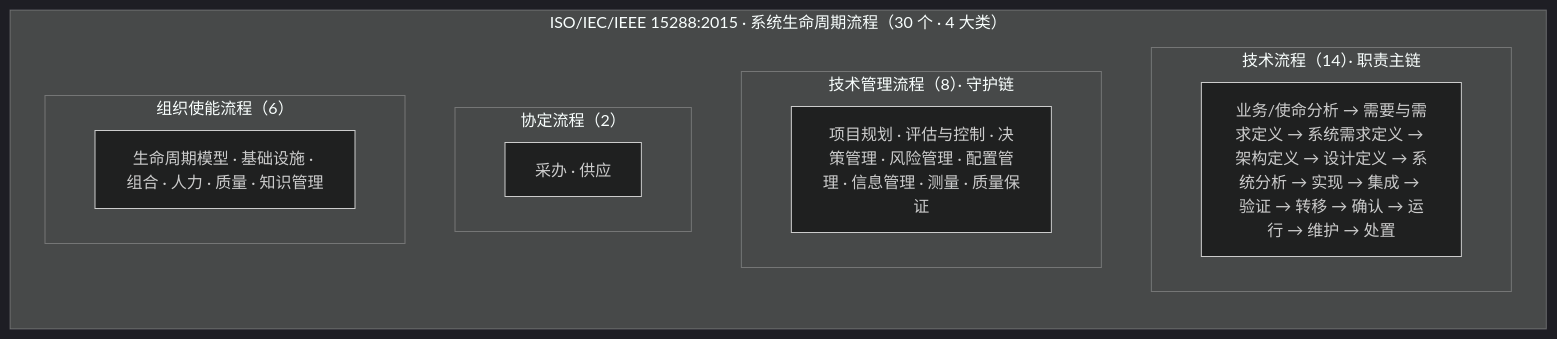
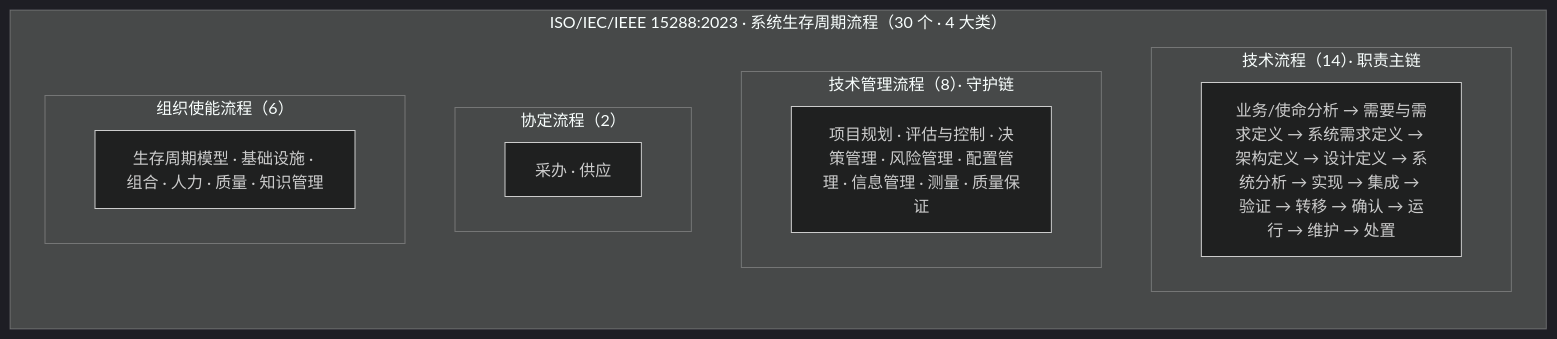
The second of 21 diagrams in 100-subprojects/01-系统工程研究/00-系统工程相关研究报告/13-工程角色谱系研究报告-从模块工程师到系统架构师.md (Yongjunzhou/AOS-system-design), drawn with Mermaid (dark theme) before and after one commit. The commit also changed other lines of this file and 38 other files, not shown here.

````diff
--- a/100-subprojects/01-系统工程研究/00-系统工程相关研究报告/13-工程角色谱系研究报告-从模块工程师到系统架构师.md
+++ b/100-subprojects/01-系统工程研究/00-系统工程相关研究报告/13-工程角色谱系研究报告-从模块工程师到系统架构师.md
@@ -107,20 +129,20 @@
 ```mermaid
 flowchart TD
-    subgraph SYS["ISO/IEC/IEEE 15288:2015 · 系统生命周期流程（30 个 · 4 大类）"]
+    subgraph SYS["ISO/IEC/IEEE 15288:2023 · 系统生存周期流程（30 个 · 4 大类）"]
         direction TB
         subgraph T["技术流程（14）· 职责主链"]
             direction LR
             T1["业务/使命分析 → 需要与需求定义 → 系统需求定义 → 架构定义 → 设计定义 → 系统分析 → 实现 → 集成 → 验证 → 转移 → 确认 → 运行 → 维护 → 处置"]
         end
         subgraph M["技术管理流程（8）· 守护链"]
             direction LR
             M1["项目规划 · 评估与控制 · 决策管理 · 风险管理 · 配置管理 · 信息管理 · 测量 · 质量保证"]
         end
         subgraph A["协定流程（2）"]
             A1["采办 · 供应"]
         end
         subgraph O["组织使能流程（6）"]
-            O1["生命周期模型 · 基础设施 · 组合 · 人力 · 质量 · 知识管理"]
+            O1["生存周期模型 · 基础设施 · 组合 · 人力 · 质量 · 知识管理"]
         end
     end
 ```
````
